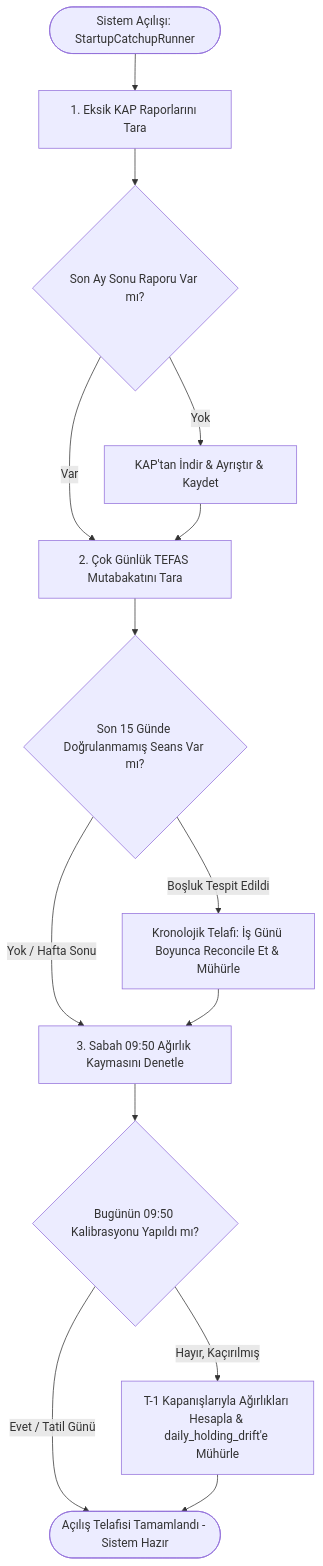
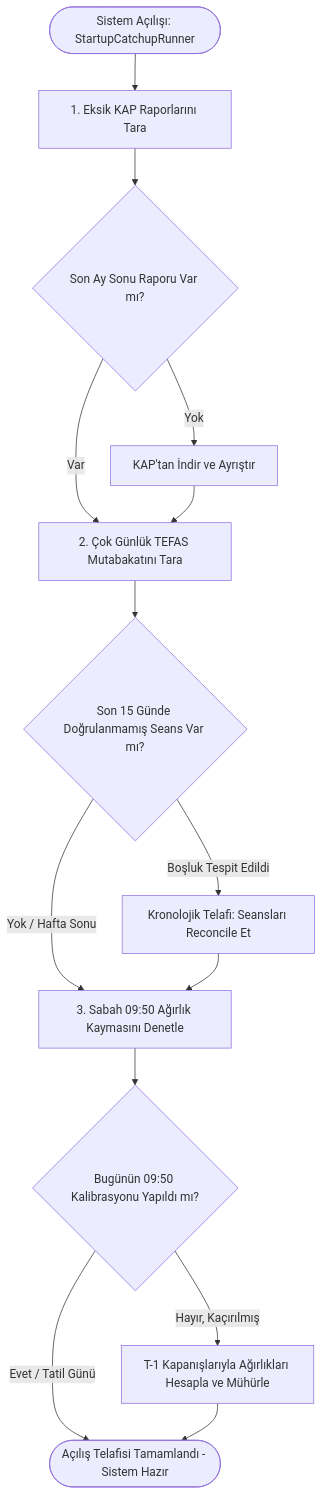
The third of 4 diagrams in README.md (yakup-yilmaz/fonmap-stajprojesi), drawn with Mermaid before and after one commit. The commit also changed other lines of this file, not shown here.

Commit message:
docs: fix Mermaid syntax and LaTeX math formatting in README

````diff
--- a/README.md
+++ b/README.md
@@ -187,18 +192,18 @@
 ```mermaid
 flowchart TD
-    Start([Sistem Açılışı: StartupCatchupRunner]) --> Step1[1. Eksik KAP Raporlarını Tara]
-    Step1 --> CheckKap{Son Ay Sonu Raporu Var mı?}
-    CheckKap -->|Yok| FetchKap[KAP'tan İndir & Ayrıştır & Kaydet]
-    CheckKap -->|Var| Step2[2. Çok Günlük TEFAS Mutabakatını Tara]
+    Start(["Sistem Açılışı: StartupCatchupRunner"]) --> Step1["1. Eksik KAP Raporlarını Tara"]
+    Step1 --> CheckKap{"Son Ay Sonu Raporu Var mı?"}
+    CheckKap -->|Yok| FetchKap["KAP'tan İndir ve Ayrıştır"]
+    CheckKap -->|Var| Step2["2. Çok Günlük TEFAS Mutabakatını Tara"]
     FetchKap --> Step2
     
-    Step2 --> CheckGap{Son 15 Günde Doğrulanmamış Seans Var mı?}
-    CheckGap -->|Yok / Hafta Sonu| Step3[3. Sabah 09:50 Ağırlık Kaymasını Denetle]
-    CheckGap -->|Boşluk Tespit Edildi| LoopGap[Kronolojik Telafi: İş Günü Boyunca Reconcile Et & Mühürle]
+    Step2 --> CheckGap{"Son 15 Günde Doğrulanmamış Seans Var mı?"}
+    CheckGap -->|Yok / Hafta Sonu| Step3["3. Sabah 09:50 Ağırlık Kaymasını Denetle"]
+    CheckGap -->|Boşluk Tespit Edildi| LoopGap["Kronolojik Telafi: Seansları Reconcile Et"]
     LoopGap --> Step3
     
-    Step3 --> CheckDrift{Bugünün 09:50 Kalibrasyonu Yapıldı mı?}
-    CheckDrift -->|Evet / Tatil Günü| Done([Açılış Telafisi Tamamlandı - Sistem Hazır])
-    CheckDrift -->|Hayır, Kaçırılmış| CalibrateDrift[T-1 Kapanışlarıyla Ağırlıkları Hesapla & daily_holding_drift'e Mühürle]
+    Step3 --> CheckDrift{"Bugünün 09:50 Kalibrasyonu Yapıldı mı?"}
+    CheckDrift -->|Evet / Tatil Günü| Done(["Açılış Telafisi Tamamlandı - Sistem Hazır"])
+    CheckDrift -->|Hayır, Kaçırılmış| CalibrateDrift["T-1 Kapanışlarıyla Ağırlıkları Hesapla ve Mühürle"]
     CalibrateDrift --> Done
 ```
````
